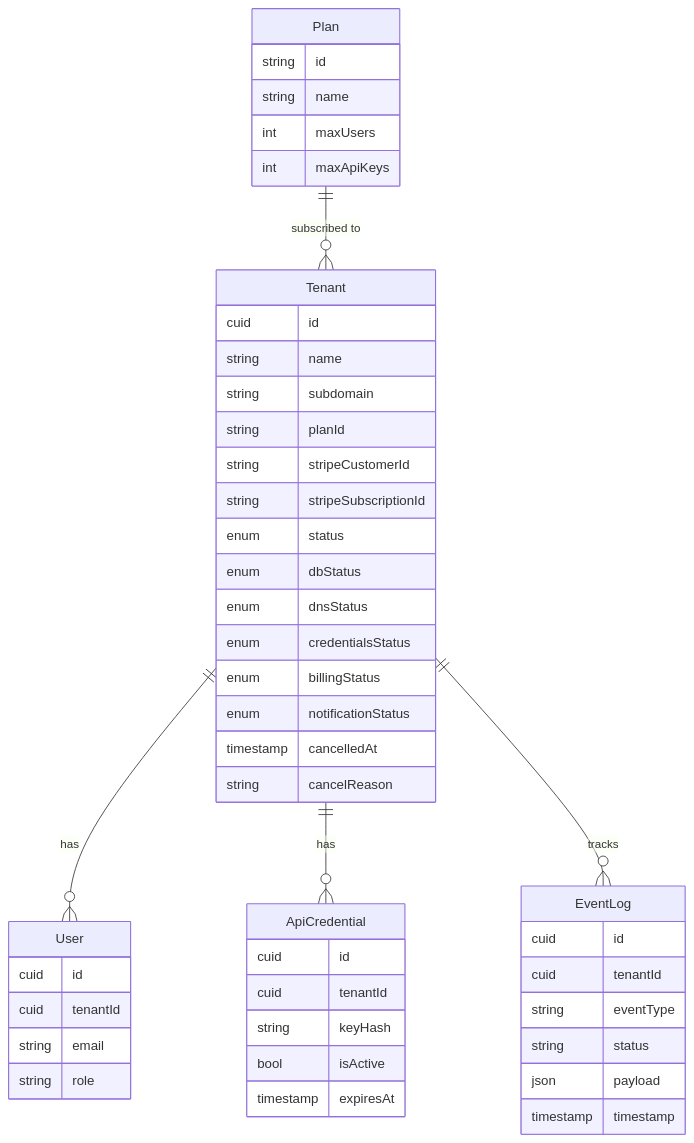
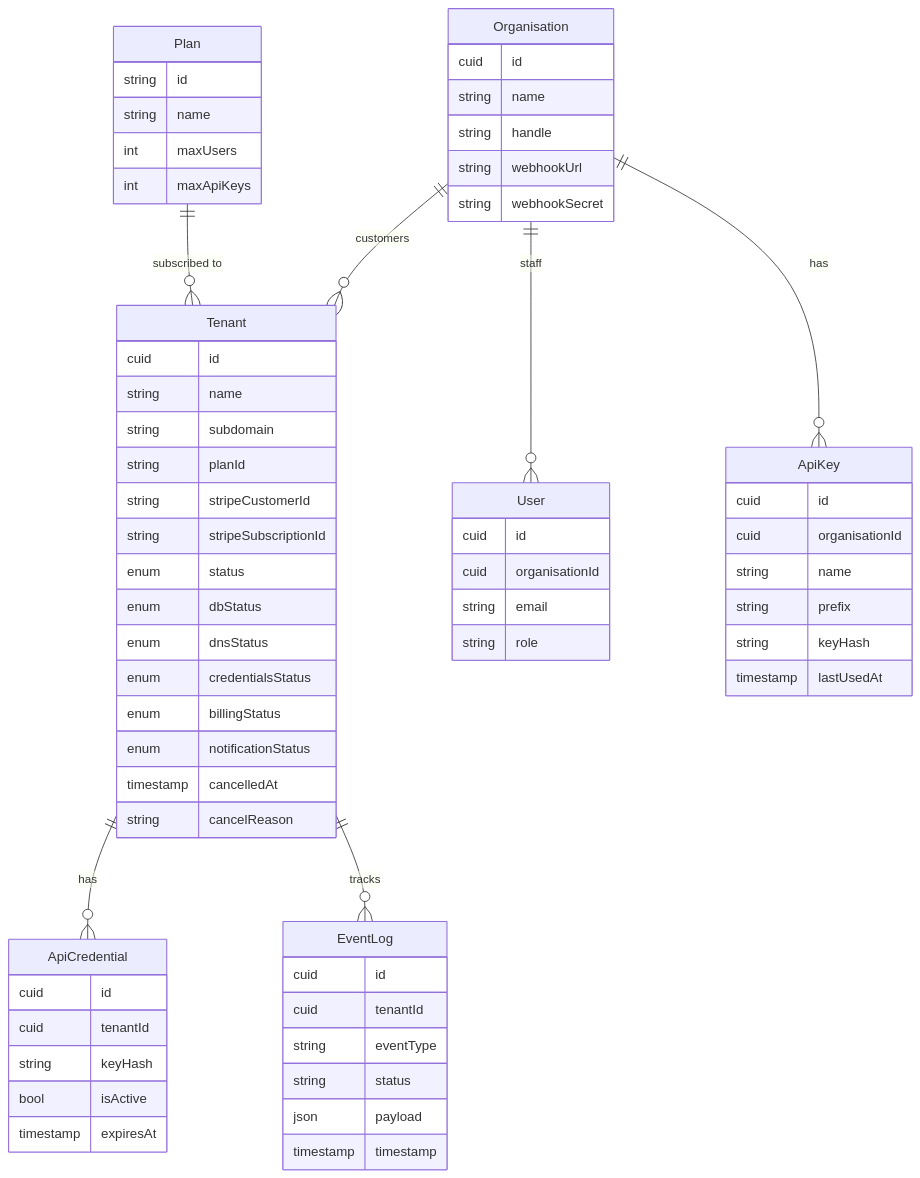
The third of 3 diagrams in README.md (Olayanju-1234/liftoff), drawn with Mermaid before and after one commit. The commit also changed other lines of this file, not shown here.

First line of the commit message:
docs: describe the organisation model, API keys and the ready webhook

````diff
--- a/README.md
+++ b/README.md
@@ -174,55 +177,74 @@
 ```mermaid
 erDiagram
     Plan {
         string id
         string name
         int maxUsers
         int maxApiKeys
     }
 
     Tenant {
         cuid id
         string name
         string subdomain
         string planId
         string stripeCustomerId
         string stripeSubscriptionId
         enum status
         enum dbStatus
         enum dnsStatus
         enum credentialsStatus
         enum billingStatus
         enum notificationStatus
         timestamp cancelledAt
         string cancelReason
     }
 
+    Organisation {
+        cuid id
+        string name
+        string handle
+        string webhookUrl
+        string webhookSecret
+    }
+
     User {
         cuid id
-        cuid tenantId
+        cuid organisationId
         string email
         string role
+    }
+
+    ApiKey {
+        cuid id
+        cuid organisationId
+        string name
+        string prefix
+        string keyHash
+        timestamp lastUsedAt
     }
 
     ApiCredential {
         cuid id
         cuid tenantId
         string keyHash
         bool isActive
         timestamp expiresAt
     }
 
     EventLog {
         cuid id
         cuid tenantId
         string eventType
         string status
         json payload
         timestamp timestamp
     }
 
     Plan ||--o{ Tenant : "subscribed to"
-    Tenant ||--o{ User : "has"
+    Organisation ||--o{ User : "staff"
+    Organisation ||--o{ Tenant : "customers"
+    Organisation ||--o{ ApiKey : "has"
     Tenant ||--o{ ApiCredential : "has"
     Tenant ||--o{ EventLog : "tracks"
 ```
````
